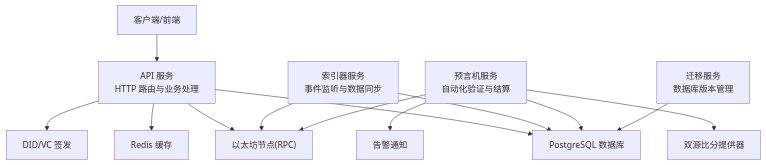
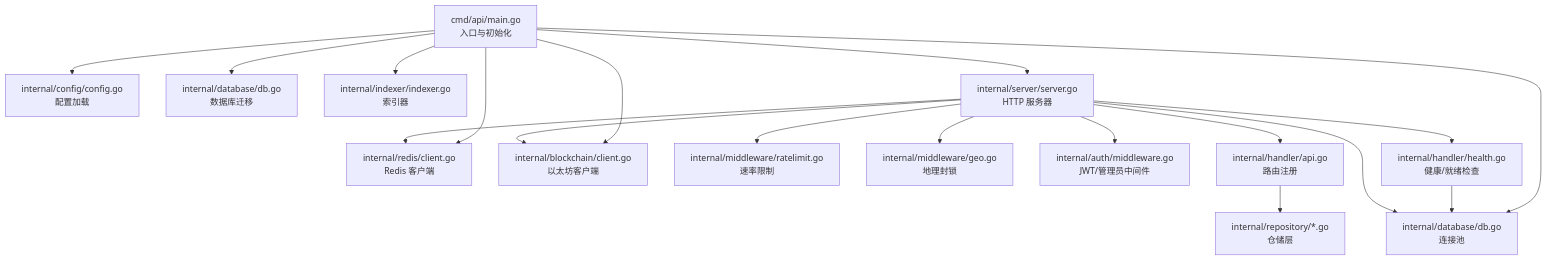
Before and after one commit to SimonHofman/PredictionDIDSimple: the second of 8 diagrams in backend/.qoder/repowiki/zh/content/架构设计/整体架构.md, drawn with Mermaid. The commit also changed other lines of this file and 162 other files, not shown here.

````diff
--- a/backend/.qoder/repowiki/zh/content/架构设计/整体架构.md
+++ b/backend/.qoder/repowiki/zh/content/架构设计/整体架构.md
@@ -128,24 +134,20 @@
 ```mermaid
 graph TB
-Client["客户端/前端"]
-API["API 服务<br/>HTTP 路由与业务处理"]
-IDX["索引器服务<br/>事件监听与数据同步"]
-ORA["预言机服务<br/>自动化验证与结算"]
-MIG["迁移服务<br/>数据库版本管理"]
-DB["PostgreSQL 数据库"]
-REDIS["Redis 缓存"]
-ETH["以太坊节点(RPC)"]
-VC["DID/VC 签发"]
-Client --> API
-API --> DB
-API --> REDIS
-API --> ETH
-API --> VC
-IDX --> ETH
-IDX --> DB
-ORA --> DB
-ORA --> ETH
-ORA --> DUAL["双源比分提供器"]
-ORA --> ALERT["告警通知"]
-MIG --> DB
+MAIN["cmd/api/main.go<br/>入口与初始化"] --> CFG["internal/config/config.go<br/>配置加载"]
+MAIN --> MIG["internal/database/db.go<br/>数据库迁移"]
+MAIN --> DBPOOL["internal/database/db.go<br/>连接池"]
+MAIN --> RCLIENT["internal/redis/client.go<br/>Redis 客户端"]
+MAIN --> CHAIN["internal/blockchain/client.go<br/>以太坊客户端"]
+MAIN --> IDX["internal/indexer/indexer.go<br/>索引器"]
+MAIN --> SRV["internal/server/server.go<br/>HTTP 服务器"]
+SRV --> MW_RATE["internal/middleware/ratelimit.go<br/>速率限制"]
+SRV --> MW_GEO["internal/middleware/geo.go<br/>地理封锁"]
+SRV --> MW_AUTH["internal/auth/middleware.go<br/>JWT/管理员中间件"]
+SRV --> H_API["internal/handler/api.go<br/>路由注册"]
+SRV --> H_HEALTH["internal/handler/health.go<br/>健康/就绪检查"]
+H_API --> REPO["internal/repository/*.go<br/>仓储层"]
+H_HEALTH --> DBPOOL
+SRV --> DBPOOL
+SRV --> RCLIENT
+SRV --> CHAIN
 ```
````
